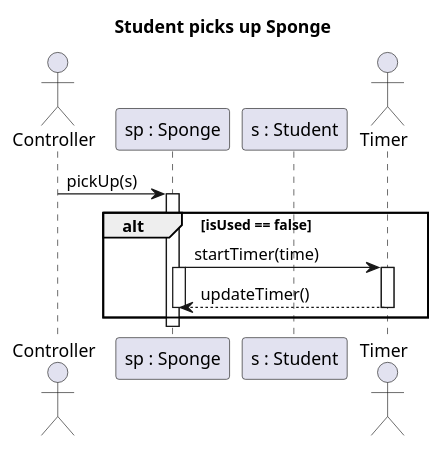
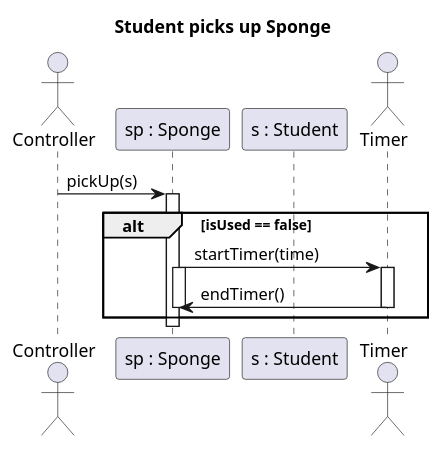
The diagram in Reko/sponge.plantuml (MBakter/echo), drawn with PlantUML before and after one commit. The commit also changed 3 other files, not shown here.

```diff
--- a/Reko/sponge.plantuml
+++ b/Reko/sponge.plantuml
@@ -1,22 +1,22 @@
 @startuml Student picks up Sponge
 title Student picks up Sponge
 
 actor Controller as C order 0
 participant "s : Student" as s order 20
 participant "sp : Sponge" as sp order 10
 actor Timer as t order 1000
 
 C -> sp : pickUp(s)
 Activate sp
 alt isUsed == false
 sp -> t : startTimer(time)
 Activate t
 Activate sp
-t --> sp : updateTimer()
+t -> sp : endTimer()
 Deactivate sp
 Deactivate t
 end
 Deactivate sp
 
 
 @enduml
```
